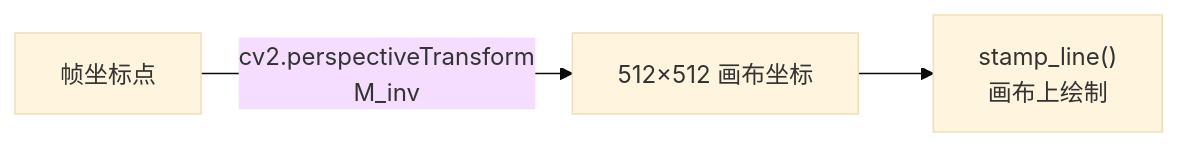
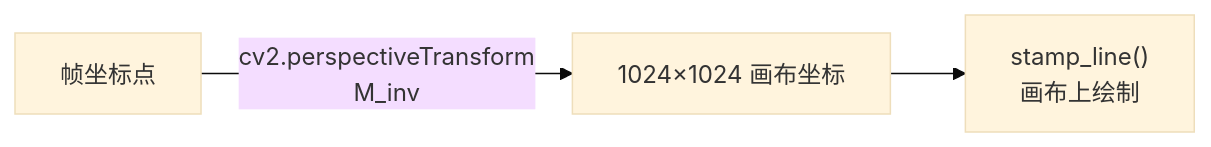
The fifth of 9 diagrams in docs/TECHNICAL_REPORT.md (wwwhhh333/FaceDoodle), drawn with Mermaid (base theme) before and after one commit. The commit also changed other lines of this file and 12 other files, not shown here.

````diff
--- a/docs/TECHNICAL_REPORT.md
+++ b/docs/TECHNICAL_REPORT.md
@@ -277,5 +280,5 @@
 ```mermaid
 flowchart LR
-    FP["帧坐标点"] -->|cv2.perspectiveTransform<br/>M_inv| CP["512×512 画布坐标"]
+    FP["帧坐标点"] -->|cv2.perspectiveTransform<br/>M_inv| CP["1024×1024 画布坐标"]
     CP --> SL["stamp_line()<br/>画布上绘制"]
 ```
````
